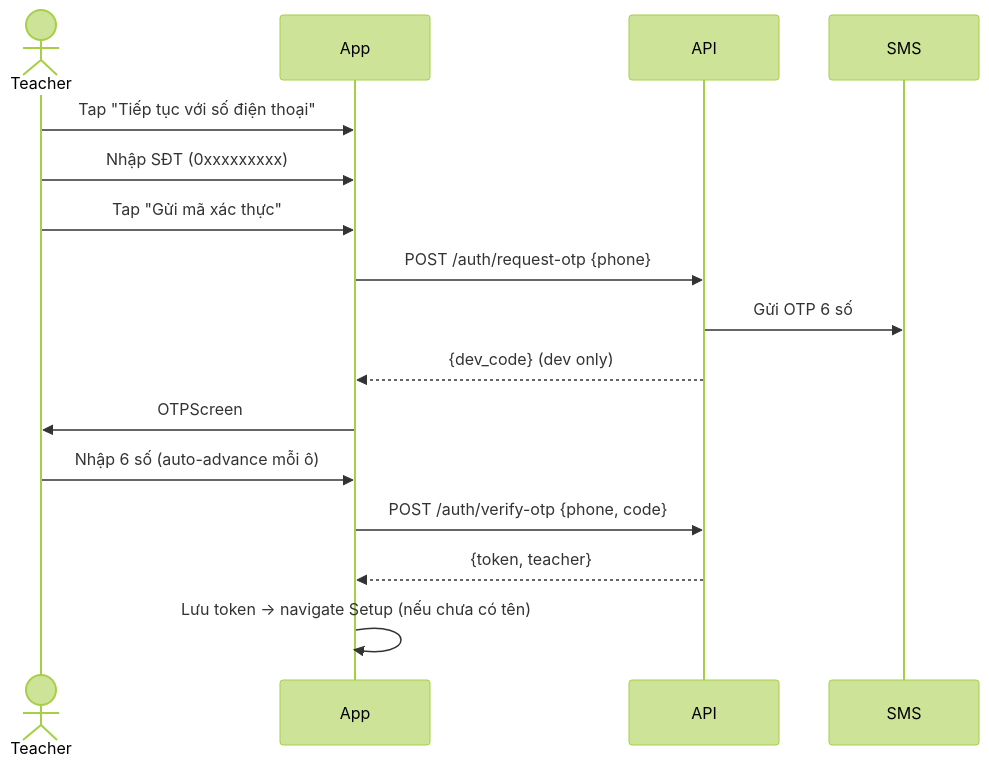
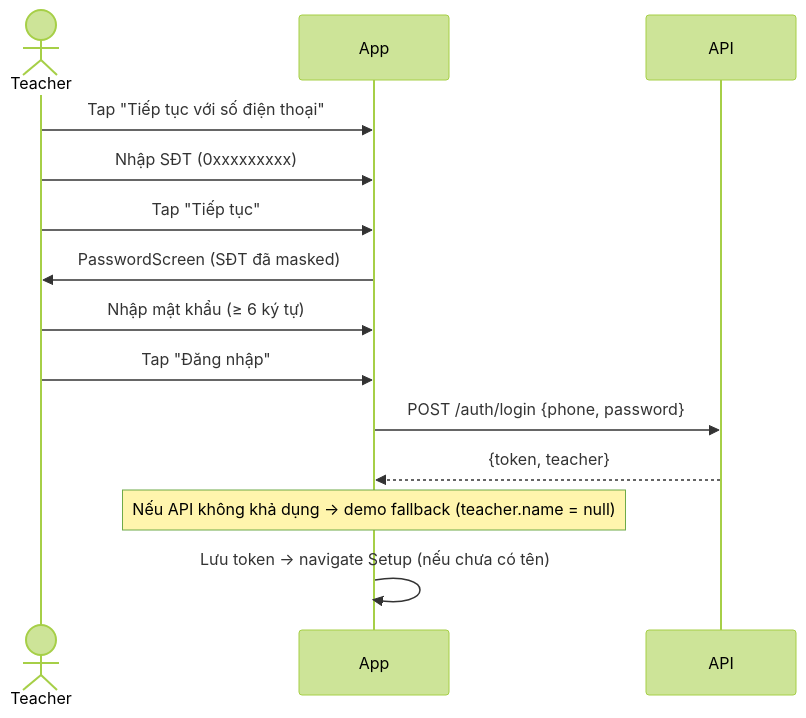
The second of 14 diagrams in docs/UX_FLOWS.md (tungtaoday/daythem), drawn with Mermaid (forest theme) before and after one commit. The commit also changed other lines of this file and 8 other files, not shown here.

First line of the commit message:
feat: password auth + 3-step onboarding setup

````diff
--- a/docs/UX_FLOWS.md
+++ b/docs/UX_FLOWS.md
@@ -42,20 +42,18 @@
 ```mermaid
 sequenceDiagram
     actor Teacher
     participant App
     participant API
-    participant SMS
 
     Teacher->>App: Tap "Tiếp tục với số điện thoại"
     Teacher->>App: Nhập SĐT (0xxxxxxxxx)
-    Teacher->>App: Tap "Gửi mã xác thực"
-    App->>API: POST /auth/request-otp {phone}
-    API->>SMS: Gửi OTP 6 số
-    API-->>App: {dev_code} (dev only)
-    App->>Teacher: OTPScreen
+    Teacher->>App: Tap "Tiếp tục"
+    App->>Teacher: PasswordScreen (SĐT đã masked)
 
-    Teacher->>App: Nhập 6 số (auto-advance mỗi ô)
-    App->>API: POST /auth/verify-otp {phone, code}
+    Teacher->>App: Nhập mật khẩu (≥ 6 ký tự)
+    Teacher->>App: Tap "Đăng nhập"
+    App->>API: POST /auth/login {phone, password}
     API-->>App: {token, teacher}
+    note over App: Nếu API không khả dụng → demo fallback (teacher.name = null)
     App->>App: Lưu token → navigate Setup (nếu chưa có tên)
 ```
````
